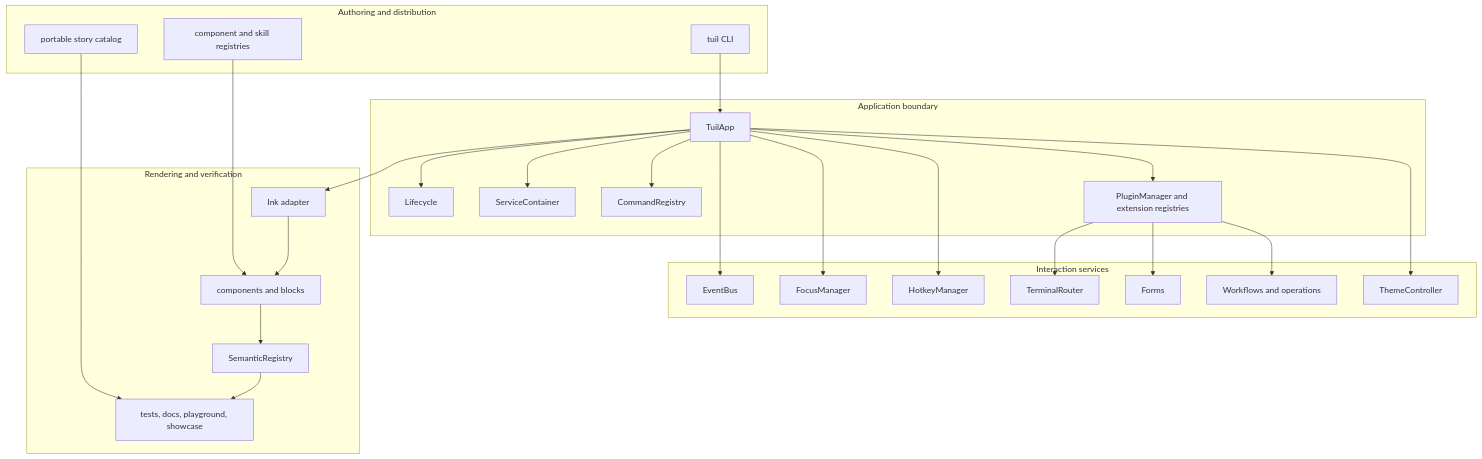
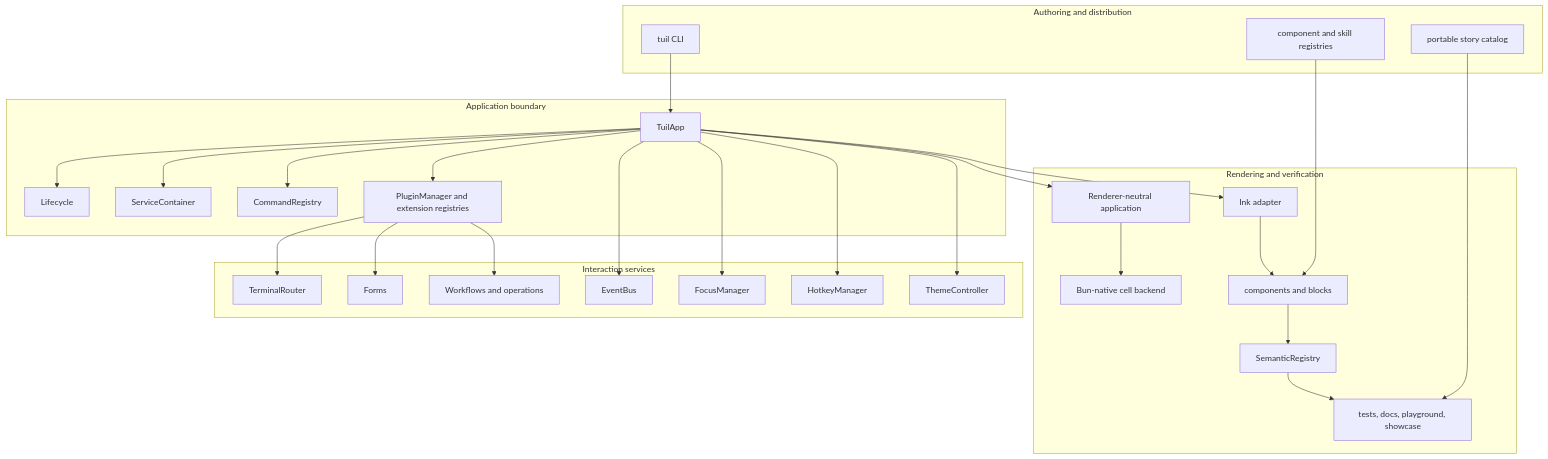
Before and after one commit to mwillbanks/tuil: the first of 4 diagrams in apps/docs/content/docs/concepts/architecture.mdx, drawn with Mermaid. The commit also changed 343 other files, not shown here.

````diff
--- a/apps/docs/content/docs/concepts/architecture.mdx
+++ b/apps/docs/content/docs/concepts/architecture.mdx
@@ -9,48 +9,52 @@
 ```mermaid
 flowchart TB
   subgraph Authoring["Authoring and distribution"]
     CLI["tuil CLI"]
     Registry["component and skill registries"]
     Stories["portable story catalog"]
   end
   subgraph Application["Application boundary"]
     App["TuilApp"]
     Lifecycle["Lifecycle"]
     Services["ServiceContainer"]
     Commands["CommandRegistry"]
     Plugins["PluginManager and extension registries"]
   end
   subgraph Interaction["Interaction services"]
     Events["EventBus"]
     Focus["FocusManager"]
     Hotkeys["HotkeyManager"]
     Router["TerminalRouter"]
     Forms["Forms"]
     Workflows["Workflows and operations"]
     Themes["ThemeController"]
   end
   subgraph Rendering["Rendering and verification"]
+    Renderer["Renderer-neutral application"]
+    Cell["Bun-native cell backend"]
     Ink["Ink adapter"]
     Components["components and blocks"]
     Semantics["SemanticRegistry"]
     Tests["tests, docs, playground, showcase"]
   end
   CLI --> App
   Registry --> Components
   App --> Lifecycle
   App --> Services
   App --> Commands
   App --> Plugins
   App --> Events
   App --> Focus
   App --> Hotkeys
   Plugins --> Router
   Plugins --> Forms
   Plugins --> Workflows
   App --> Themes
+  App --> Renderer
+  Renderer --> Cell
   App --> Ink
   Ink --> Components
   Components --> Semantics
   Stories --> Tests
   Semantics --> Tests
 ```
````
